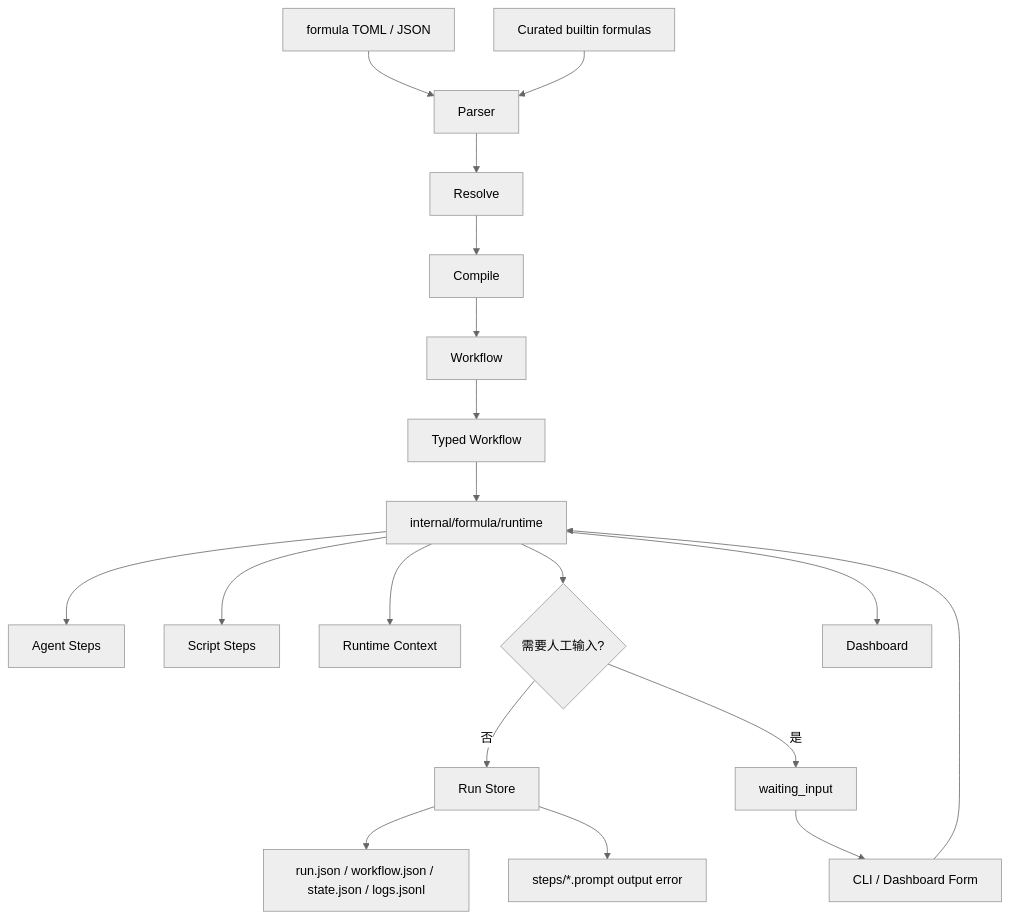
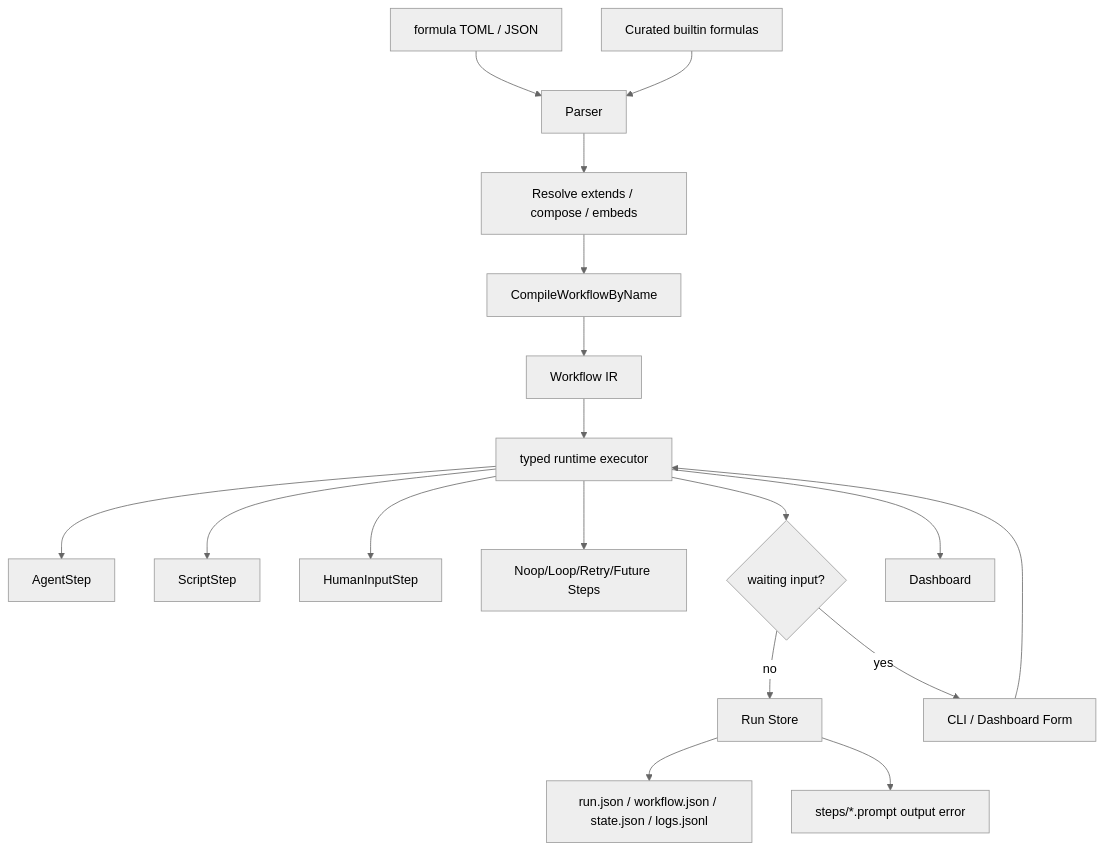
One commit to sjzsdu/tt changed the first of 3 diagrams in ai-docs/formula-system.md. Above: the diagram before and after it, drawn with Mermaid (neutral theme). The commit also changed other lines of this file and 4 other files, not shown here.

Commit message:
docs(formula): update workflow architecture docs

````diff
--- a/ai-docs/formula-system.md
+++ b/ai-docs/formula-system.md
@@ -13,21 +11,20 @@
 ```mermaid
 flowchart TD
     A[formula TOML / JSON] --> B[Parser]
     A0[Curated builtin formulas] --> B
-    B --> C[Resolve]
-    C --> D[Compile]
-    D --> E[Workflow]
-    E --> W[Typed Workflow]
-    W --> F[internal/formula/runtime]
-    F --> G[Agent Steps]
-    F --> H[Script Steps]
-    F --> I[Runtime Context]
-    F --> X{需要人工输入?}
-    X -->|否| J[Run Store]
-    X -->|是| Y[waiting_input]
-    Y --> Z[CLI / Dashboard Form]
-    Z --> F
+    B --> C[Resolve extends / compose / embeds]
+    C --> D[CompileWorkflowByName]
+    D --> E[Workflow IR]
+    E --> F[typed runtime executor]
+    F --> G[AgentStep]
+    F --> H[ScriptStep]
+    F --> I[HumanInputStep]
+    F --> N[Noop/Loop/Retry/Future Steps]
+    F --> X{waiting input?}
+    X -->|no| J[Run Store]
+    X -->|yes| Y[CLI / Dashboard Form]
+    Y --> F
     J --> K[run.json / workflow.json / state.json / logs.jsonl]
     J --> L[steps/*.prompt output error]
     F --> M[Dashboard]
 ```
````
